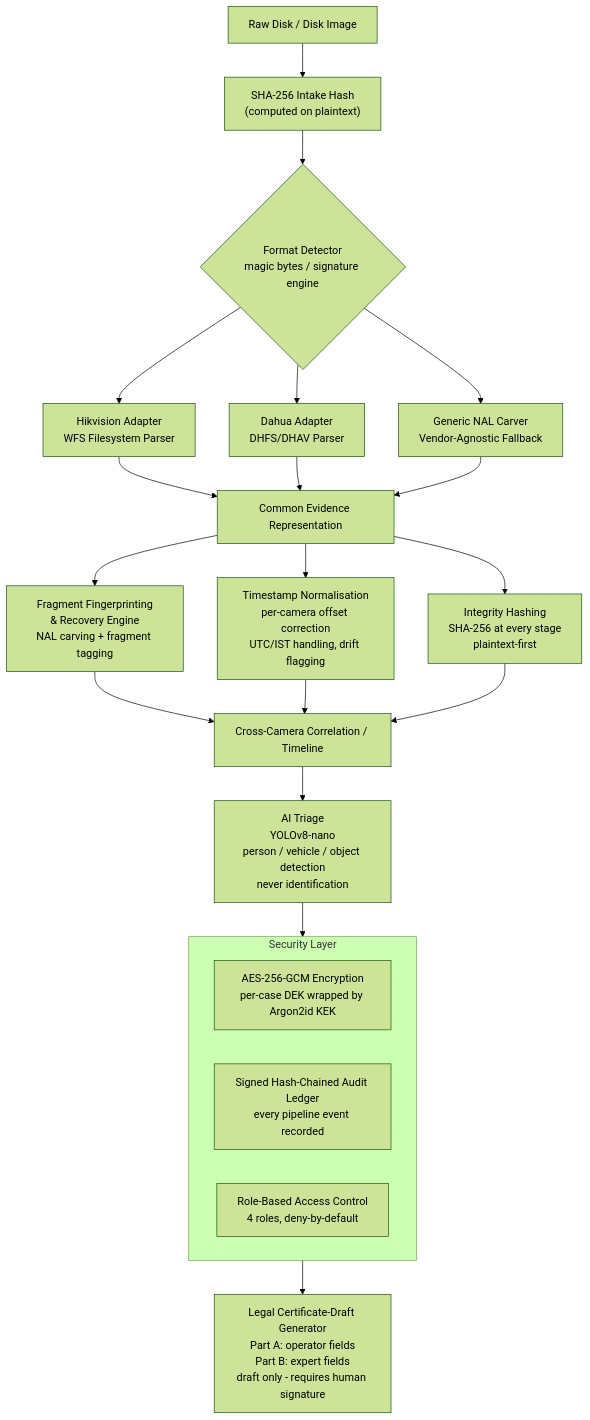
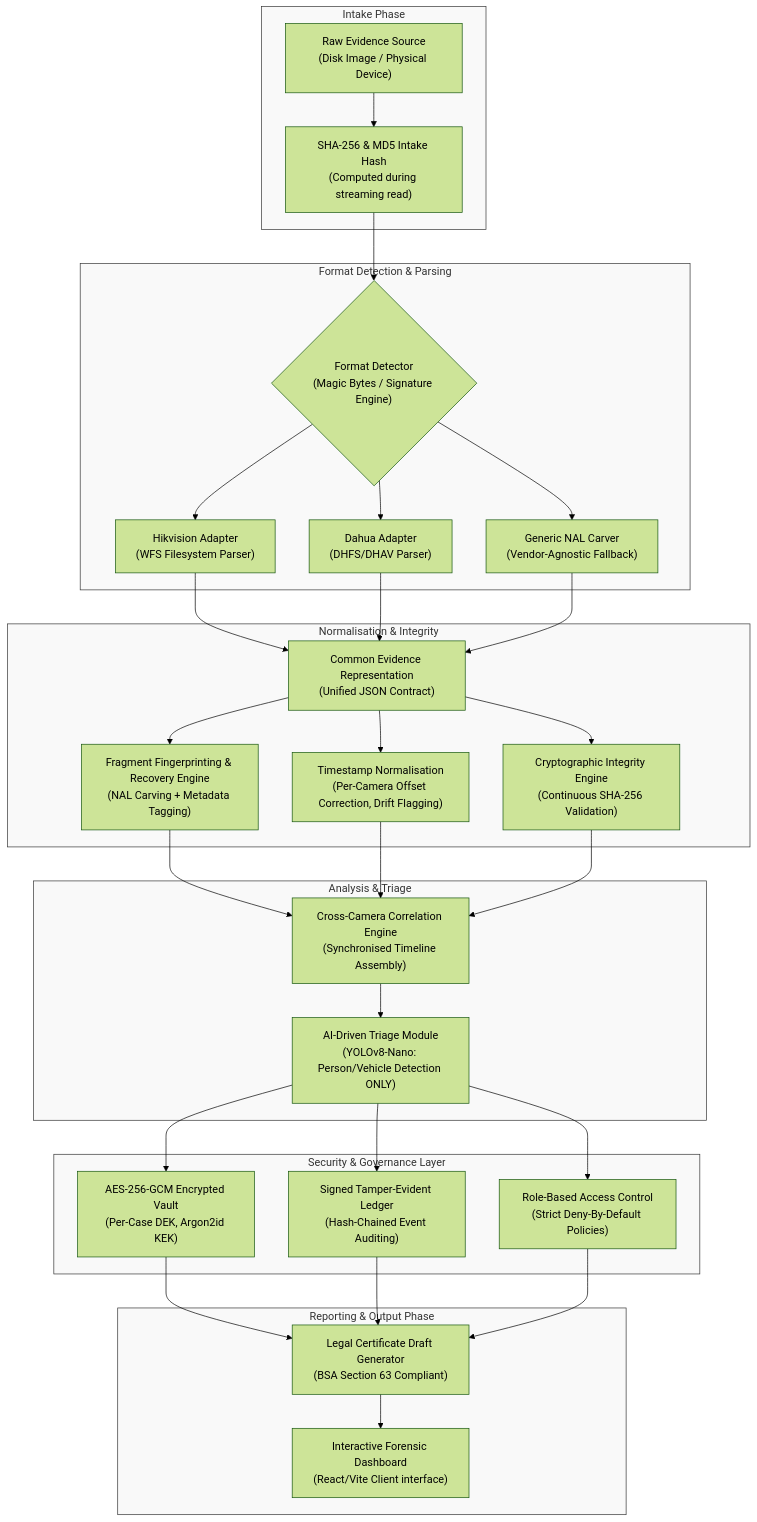
One commit to anand-esc/Pheonix_37 changed the diagram in README.md. Above: the diagram before and after it, drawn with Mermaid (forest theme). The commit also changed 8 other files, not shown here.

````diff
--- a/README.md
+++ b/README.md
@@ -31,33 +31,66 @@
 ```mermaid
 flowchart TD
-    A[Raw Disk / Disk Image] --> B["SHA-256 Intake Hash\n(computed on plaintext)"]
-    B --> C{Format Detector\nmagic bytes / signature engine}
-
-    C --> D["Hikvision Adapter\nWFS Filesystem Parser"]
-    C --> E["Dahua Adapter\nDHFS/DHAV Parser"]
-    C --> F["Generic NAL Carver\nVendor-Agnostic Fallback"]
-
-    D --> G[Common Evidence Representation]
-    E --> G
-    F --> G
-
-    G --> H["Fragment Fingerprinting\n& Recovery Engine\nNAL carving + fragment tagging"]
-    G --> I["Timestamp Normalisation\nper-camera offset correction\nUTC/IST handling, drift flagging"]
-    G --> J["Integrity Hashing\nSHA-256 at every stage\nplaintext-first"]
-
-    H --> K[Cross-Camera Correlation / Timeline]
-    I --> K
-    J --> K
-
-    K --> L["AI Triage\nYOLOv8-nano\nperson / vehicle / object detection\nnever identification"]
-
-    L --> M["Security Layer"]
-
-    subgraph M["Security Layer"]
-        M1["AES-256-GCM Encryption\nper-case DEK wrapped by Argon2id KEK"]
-        M2["Signed Hash-Chained Audit Ledger\nevery pipeline event recorded"]
-        M3["Role-Based Access Control\n4 roles, deny-by-default"]
+    subgraph Intake ["Intake Phase"]
+        A["Raw Evidence Source\n(Disk Image / Physical Device)"]
+        B["SHA-256 & MD5 Intake Hash\n(Computed during streaming read)"]
+        A --> B
     end
 
-    M --> N["Legal Certificate-Draft Generator\nPart A: operator fields\nPart B: expert fields\ndraft only - requires human signature"]
+    subgraph Parsing ["Format Detection & Parsing"]
+        C{"Format Detector\n(Magic Bytes / Signature Engine)"}
+        D["Hikvision Adapter\n(WFS Filesystem Parser)"]
+        E["Dahua Adapter\n(DHFS/DHAV Parser)"]
+        F["Generic NAL Carver\n(Vendor-Agnostic Fallback)"]
+        
+        B --> C
+        C --> D
+        C --> E
+        C --> F
+    end
+
+    subgraph Representation ["Normalisation & Integrity"]
+        G["Common Evidence Representation\n(Unified JSON Contract)"]
+        H["Fragment Fingerprinting & Recovery Engine\n(NAL Carving + Metadata Tagging)"]
+        I["Timestamp Normalisation\n(Per-Camera Offset Correction, Drift Flagging)"]
+        J["Cryptographic Integrity Engine\n(Continuous SHA-256 Validation)"]
+
+        D --> G
+        E --> G
+        F --> G
+        G --> H
+        G --> I
+        G --> J
+    end
+
+    subgraph Analysis ["Analysis & Triage"]
+        K["Cross-Camera Correlation Engine\n(Synchronised Timeline Assembly)"]
+        L["AI-Driven Triage Module\n(YOLOv8-Nano: Person/Vehicle Detection ONLY)"]
+
+        H --> K
+        I --> K
+        J --> K
+        K --> L
+    end
+
+    subgraph Security ["Security & Governance Layer"]
+        M1["AES-256-GCM Encrypted Vault\n(Per-Case DEK, Argon2id KEK)"]
+        M2["Signed Tamper-Evident Ledger\n(Hash-Chained Event Auditing)"]
+        M3["Role-Based Access Control\n(Strict Deny-By-Default Policies)"]
+    end
+
+    subgraph Output ["Reporting & Output Phase"]
+        N["Legal Certificate Draft Generator\n(BSA Section 63 Compliant)"]
+        O["Interactive Forensic Dashboard\n(React/Vite Client interface)"]
+    end
+
+    L --> M1
+    L --> M2
+    L --> M3
+    M1 --> N
+    M2 --> N
+    M3 --> N
+    N --> O
+
+    classDef phase fill:#f9f9f9,stroke:#333,stroke-width:1px;
+    class Intake,Parsing,Representation,Analysis,Security,Output phase;
 ```
````
